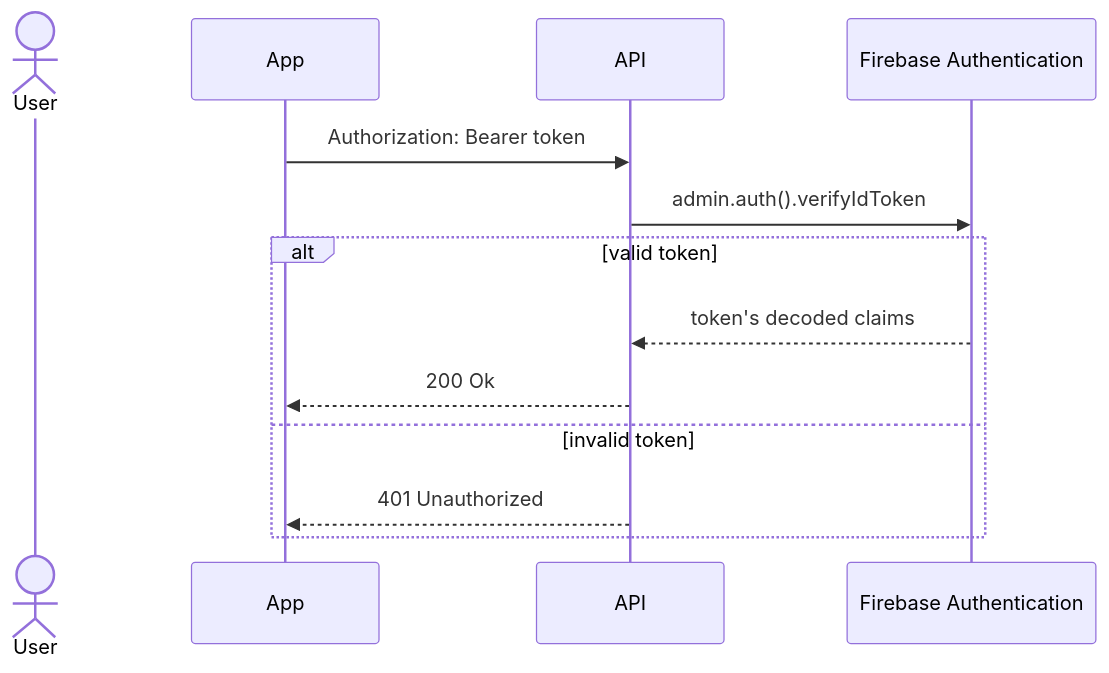
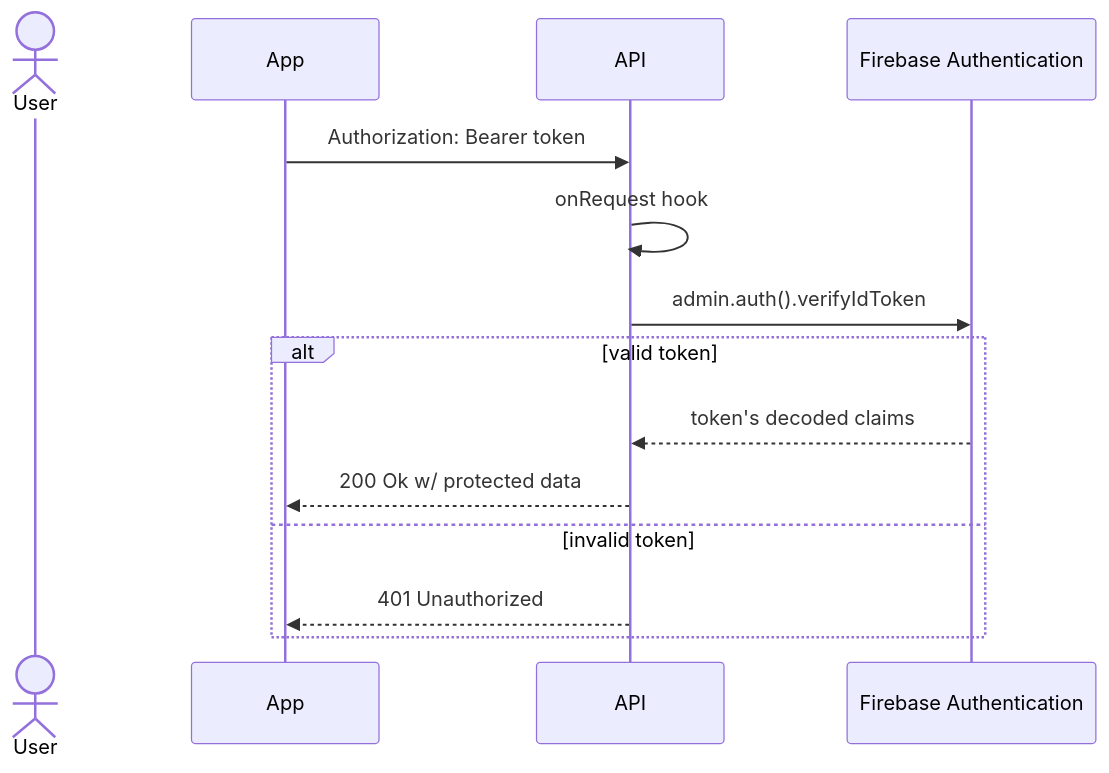
Before and after one commit to seotaro/firebase-authentication-hands-on: the second of 3 diagrams in README.md, drawn with Mermaid.

````diff
--- a/README.md
+++ b/README.md
@@ -21,17 +21,18 @@
 ```mermaid
 sequenceDiagram
   actor User
   participant App
   participant API
   participant Firebase Authentication
 
   App->>API: Authorization: Bearer token
+  API->>API: onRequest hook
   API->>Firebase Authentication: admin.auth().verifyIdToken
 
   alt valid token
     Firebase Authentication-->>API: token's decoded claims
-    API-->>App: 200 Ok
+    API-->>App: 200 Ok w/ protected data
   else invalid token
     API-->>App: 401 Unauthorized
   end
 ```
````
